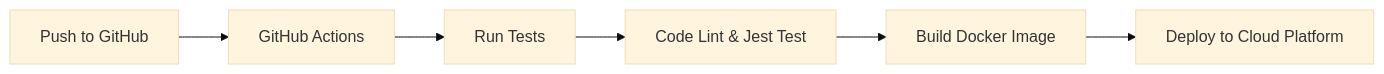
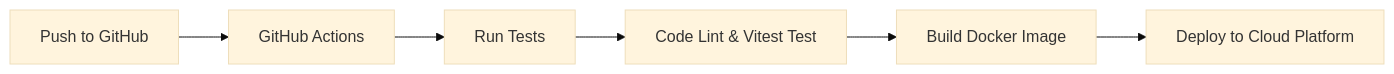
Before and after one commit to amaliartnaa/todolist-devops: the diagram in README.md, drawn with Mermaid (base theme). The commit also changed other lines of this file, not shown here.

````diff
--- a/README.md
+++ b/README.md
@@ -31,8 +33,8 @@
 ```mermaid
 graph LR
 A[Push to GitHub] --> B[GitHub Actions]
 B --> C[Run Tests]
-C --> D[Code Lint & Jest Test]
+C --> D[Code Lint & Vitest Test]
 D --> E[Build Docker Image]
 E --> F[Deploy to Cloud Platform]
 ```
````
